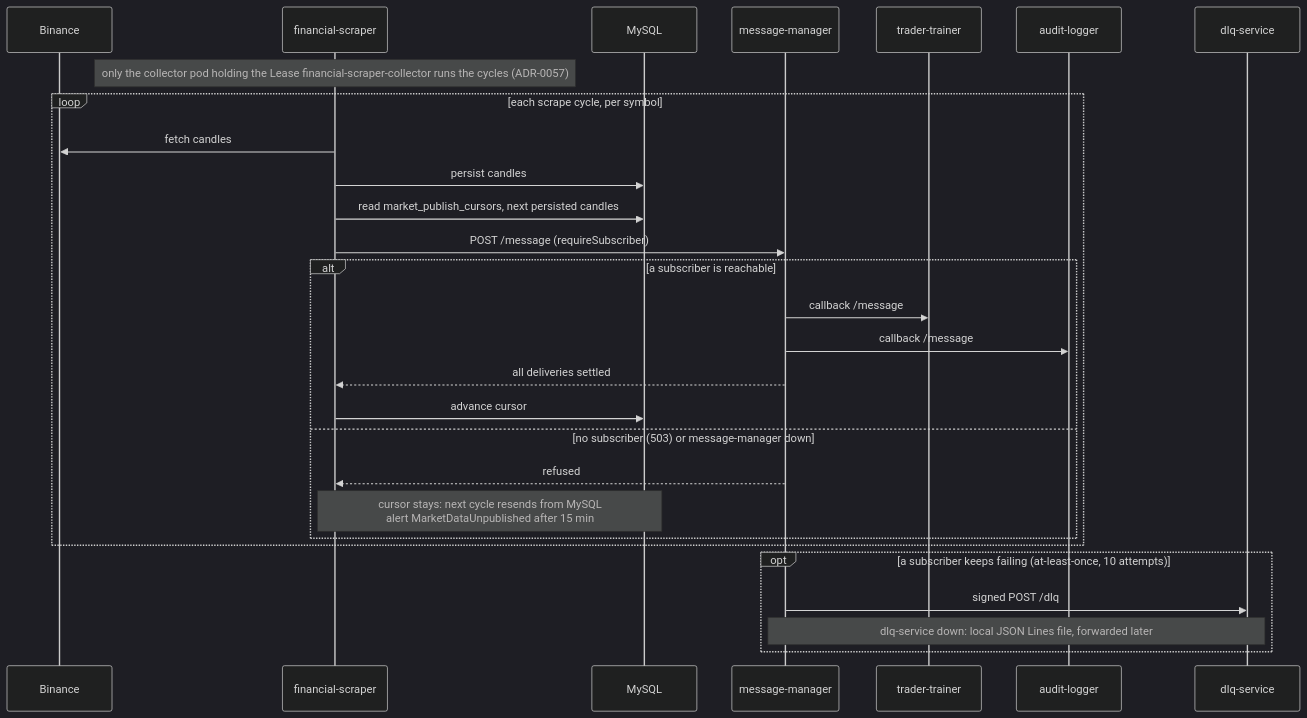
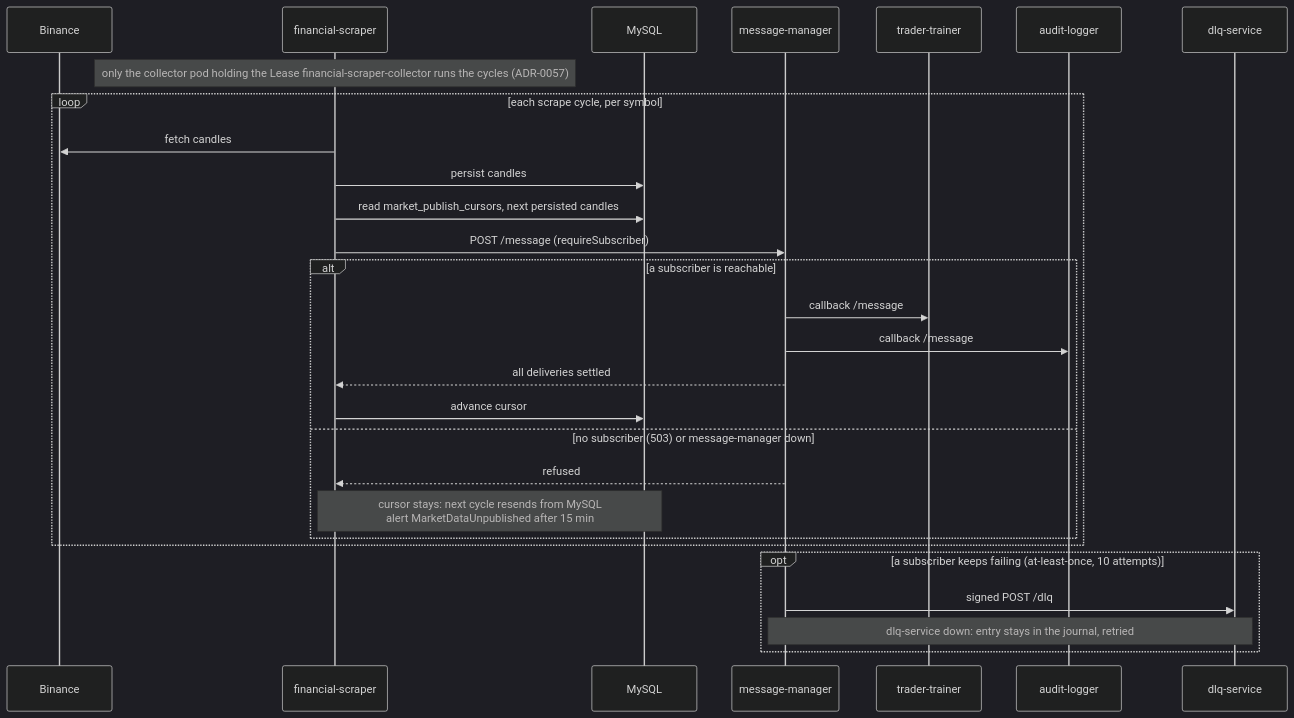
The fourth of 4 diagrams in docs/architecture/system-overview.md (docteur-turboss/trading-model), drawn with Mermaid (dark theme) before and after one commit. The commit also changed 13 other files, not shown here.

````diff
--- a/docs/architecture/system-overview.md
+++ b/docs/architecture/system-overview.md
@@ -107,30 +107,30 @@
 ```mermaid
 sequenceDiagram
   participant B as Binance
   participant FS as financial-scraper
   participant DB as MySQL
   participant MM as message-manager
   participant TT as trader-trainer
   participant AL as audit-logger
   participant DLQ as dlq-service
   Note over FS: only the collector pod holding the Lease financial-scraper-collector runs the cycles (ADR-0057)
   loop each scrape cycle, per symbol
     FS->>B: fetch candles
     FS->>DB: persist candles
     FS->>DB: read market_publish_cursors, next persisted candles
     FS->>MM: POST /message (requireSubscriber)
     alt a subscriber is reachable
       MM->>TT: callback /message
       MM->>AL: callback /message
       MM-->>FS: all deliveries settled
       FS->>DB: advance cursor
     else no subscriber (503) or message-manager down
       MM-->>FS: refused
       Note over FS,DB: cursor stays: next cycle resends from MySQL<br/>alert MarketDataUnpublished after 15 min
     end
   end
   opt a subscriber keeps failing (at-least-once, 10 attempts)
     MM->>DLQ: signed POST /dlq
-    Note over MM,DLQ: dlq-service down: local JSON Lines file, forwarded later
+    Note over MM,DLQ: dlq-service down: entry stays in the journal, retried
   end
 ```
````
